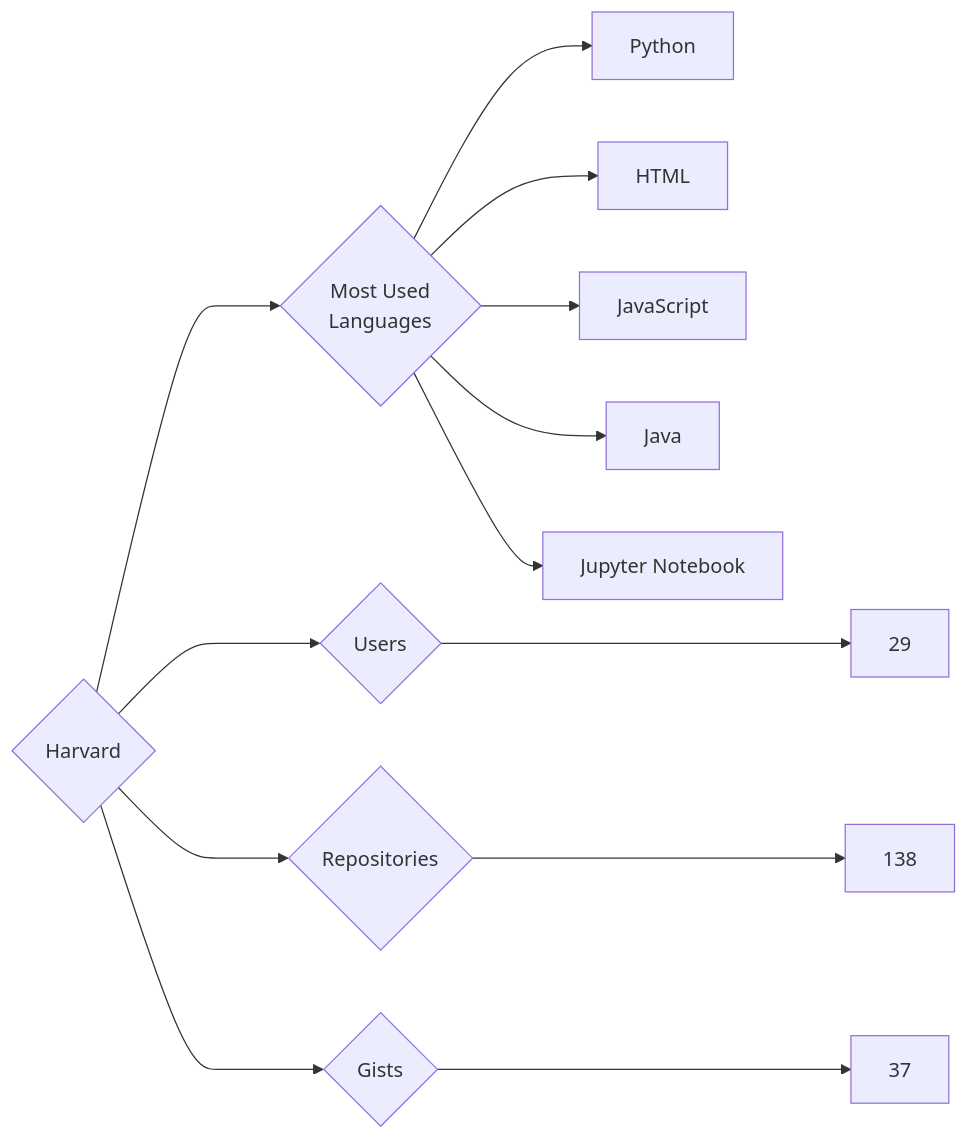
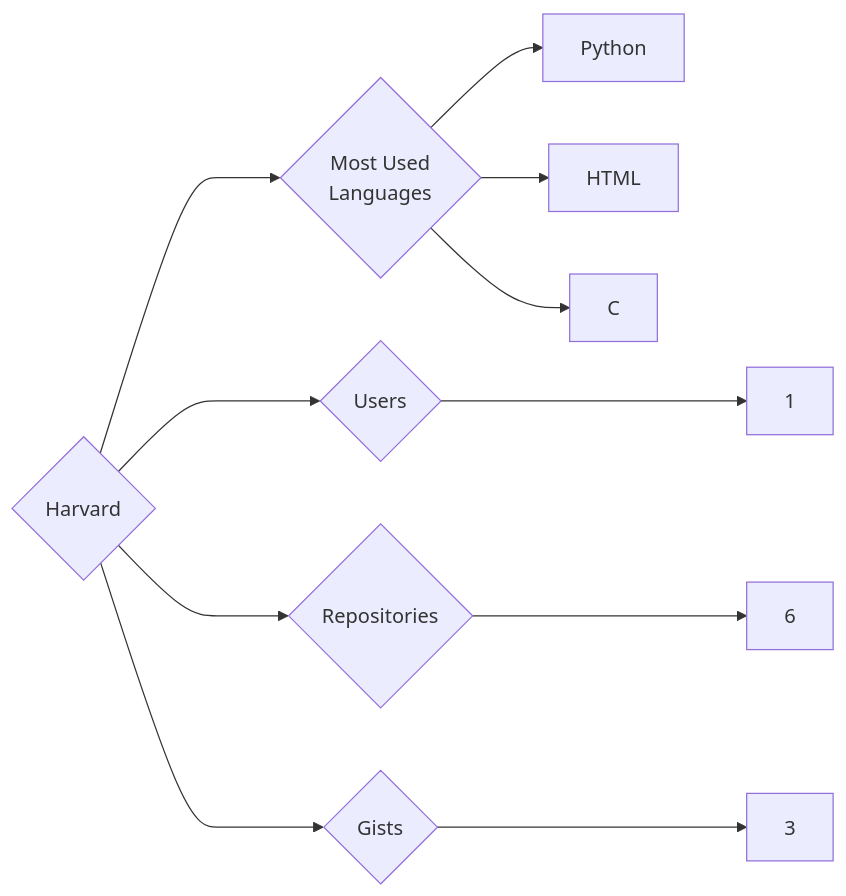
Before and after one commit to trickest/insiders: the diagram in targets/Harvard/README.md, drawn with Mermaid. The commit also changed 639 other files, not shown here.

````diff
--- a/targets/Harvard/README.md
+++ b/targets/Harvard/README.md
@@ -3,13 +3,11 @@
 ```mermaid
 graph LR
 COMPANY_NAME{Harvard}
-COMPANY_NAME ---> U{Users} ---> UN[29]
-COMPANY_NAME ---> R{Repositories} ---> RN[138]
-COMPANY_NAME ---> G{Gists} ---> GN[37]
+COMPANY_NAME ---> U{Users} ---> UN[1]
+COMPANY_NAME ---> R{Repositories} ---> RN[6]
+COMPANY_NAME ---> G{Gists} ---> GN[3]
 COMPANY_NAME ---> ML{Most Used<br>Languages}
 ML --> Python[Python]
 ML --> HTML[HTML]
-ML --> JavaScript[JavaScript]
-ML --> Java[Java]
-ML --> Jupyter_Notebook[Jupyter Notebook]
+ML --> C[C]
 ```
````
